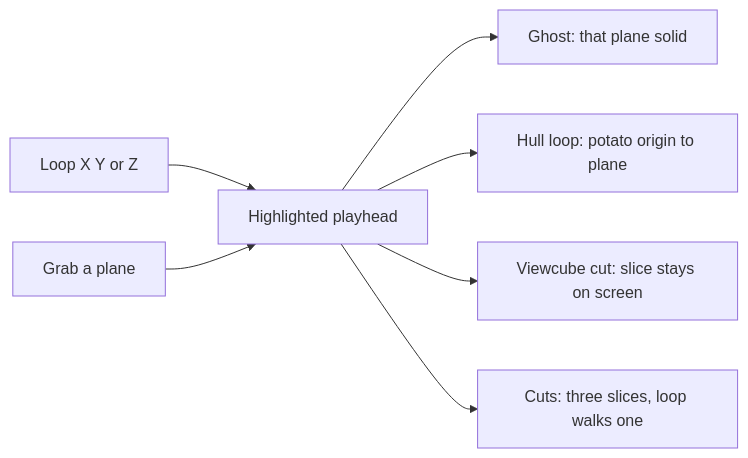
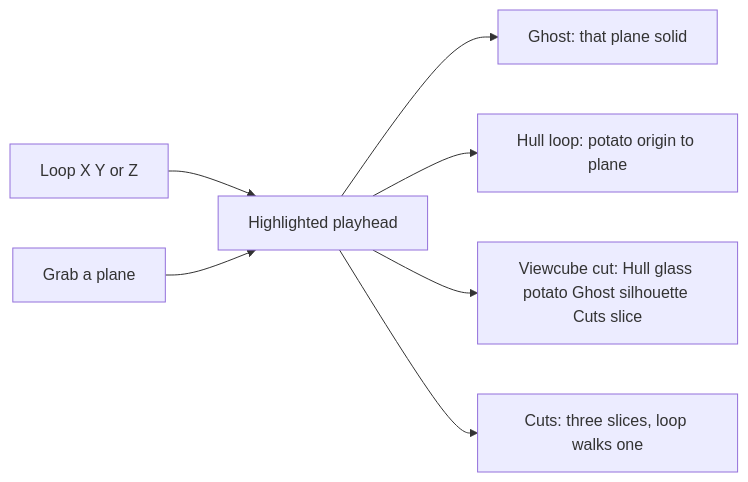
Before and after one commit to PiMaV/DONNER: the seventh of 21 diagrams in docs/gui.md, drawn with Mermaid. The commit also changed other lines of this file and 12 other files, not shown here.

First line of the commit message:
Keep Hull, Ghost, and Cuts in a viewcube cut so the 2D cine matches 3D shade.

````diff
--- a/docs/gui.md
+++ b/docs/gui.md
@@ -302,12 +302,12 @@
 ```mermaid
 flowchart LR
   xyz[Loop X Y or Z]
   grab[Grab a plane]
   axis[Highlighted playhead]
   xyz --> axis
   grab --> axis
   axis --> ghost[Ghost: that plane solid]
   axis --> hull[Hull loop: potato origin to plane]
-  axis --> cutCine[Viewcube cut: slice stays on screen]
+  axis --> cutShade["Viewcube cut: Hull glass potato Ghost silhouette Cuts slice"]
   axis --> cuts[Cuts: three slices, loop walks one]
 ```
````
